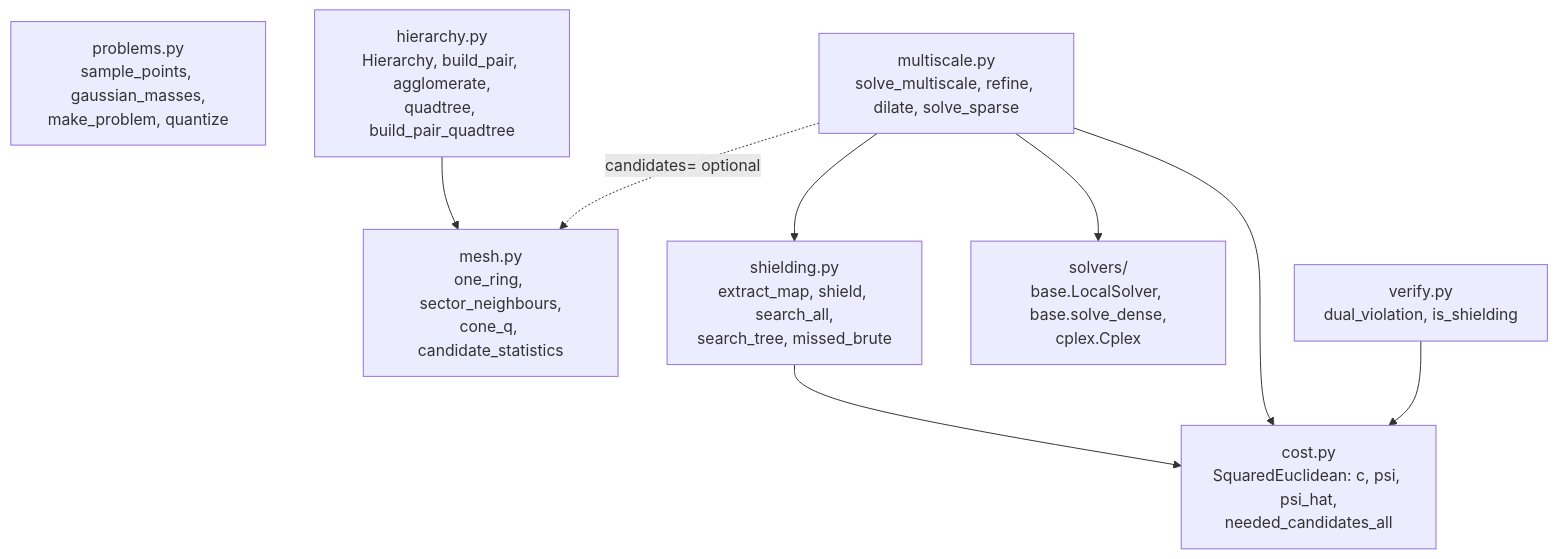
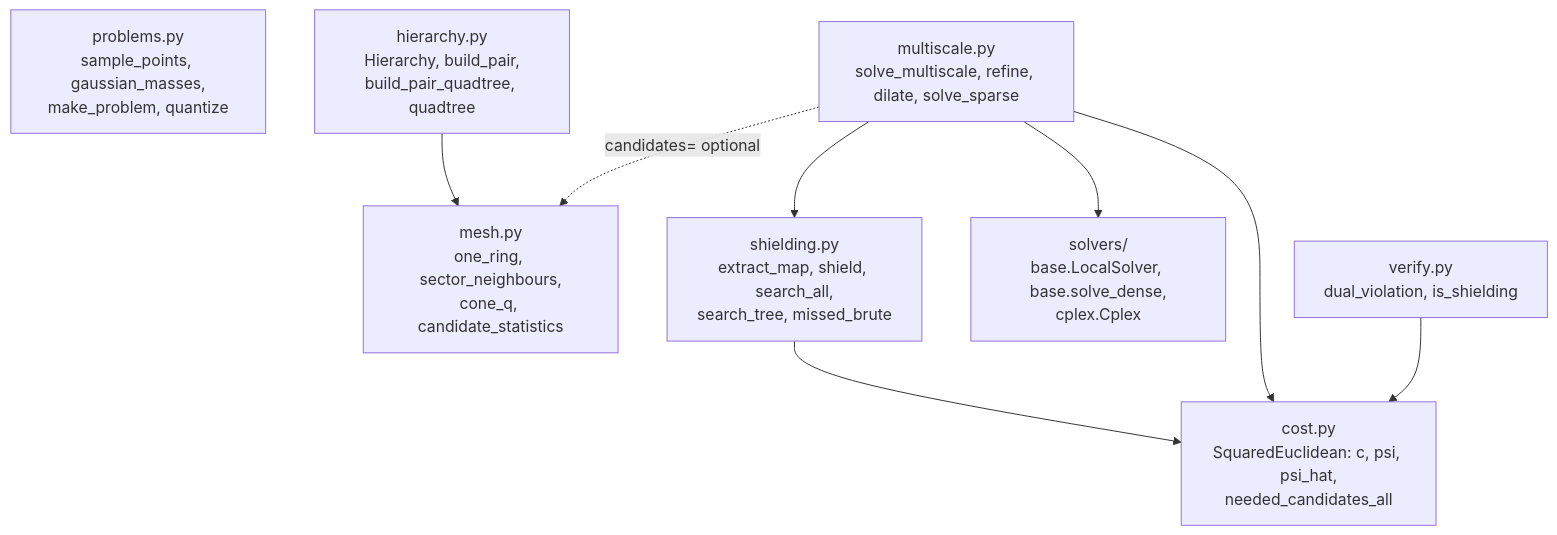
One commit to BenediktKaltenbach/multiscale_dicrete_ot changed the second of 8 diagrams in docs/flowchart.md. Above: the diagram before and after it, drawn with Mermaid. The commit also changed other lines of this file and 5 other files, not shown here.

First line of the commit message:
hierarchy: drop agglomerate, order functions top-down

````diff
--- a/docs/flowchart.md
+++ b/docs/flowchart.md
@@ -18,19 +18,19 @@
 ```mermaid
 flowchart TB
     problems["problems.py<br/>sample_points, gaussian_masses,<br/>make_problem, quantize"]
-    hierarchy["hierarchy.py<br/>Hierarchy, build_pair, agglomerate,<br/>quadtree, build_pair_quadtree"]
+    hierarchy["hierarchy.py<br/>Hierarchy, build_pair,<br/>build_pair_quadtree, quadtree"]
     mesh["mesh.py<br/>one_ring, sector_neighbours,<br/>cone_q, candidate_statistics"]
     cost["cost.py<br/>SquaredEuclidean: c, psi, psi_hat,<br/>needed_candidates_all"]
     shielding["shielding.py<br/>extract_map, shield, search_all,<br/>search_tree, missed_brute"]
     multiscale["multiscale.py<br/>solve_multiscale, refine, dilate, solve_sparse"]
     solvers["solvers/<br/>base.LocalSolver, base.solve_dense,<br/>cplex.Cplex"]
     verify["verify.py<br/>dual_violation, is_shielding"]
 
     hierarchy --> mesh
     multiscale --> shielding
     multiscale --> solvers
     multiscale -. "candidates= optional" .-> mesh
     shielding --> cost
     multiscale --> cost
     verify --> cost
 ```
````
